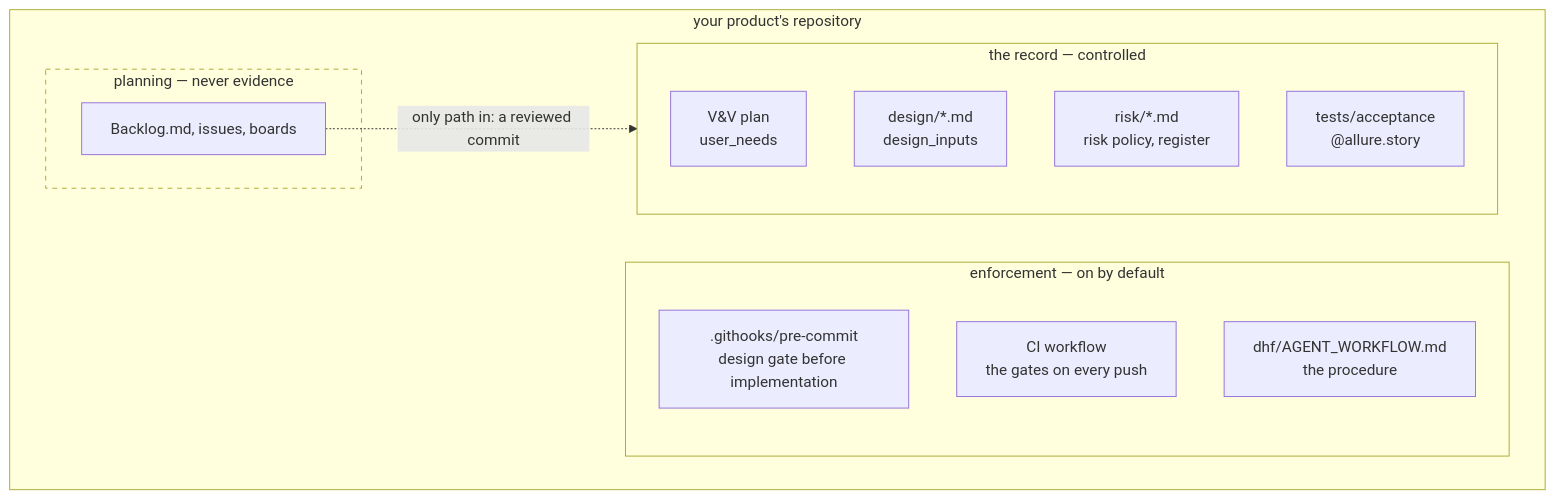
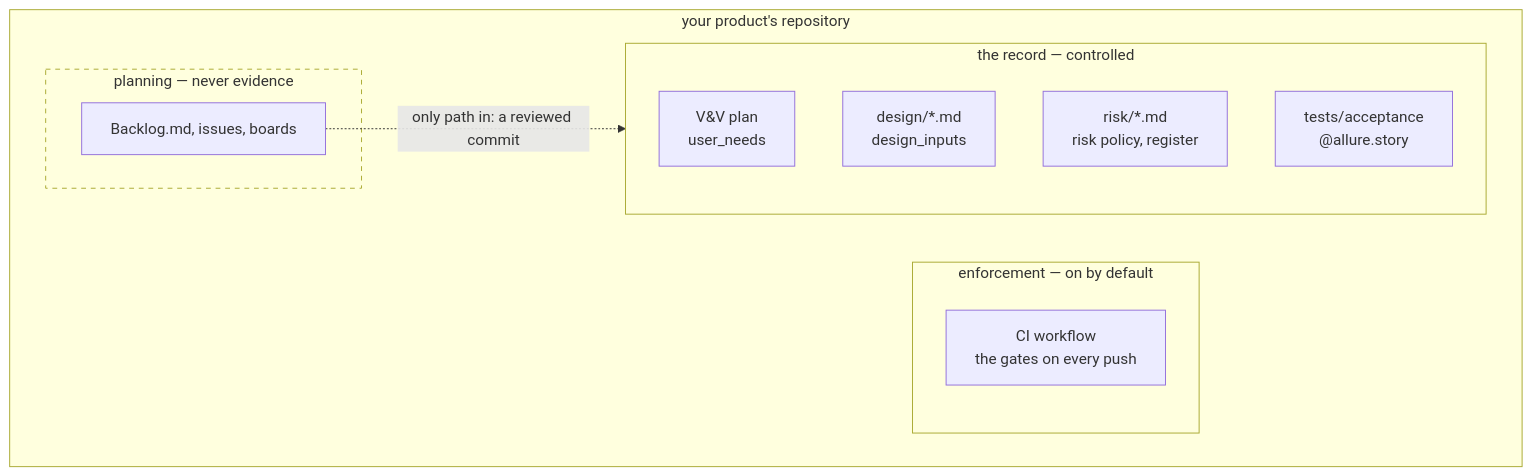
The second of 2 diagrams in docs/about/how-rdm-works.md (scope-impact/rdm), drawn with Mermaid before and after one commit. The commit also changed other lines of this file and 163 other files, not shown here.

````diff
--- a/docs/about/how-rdm-works.md
+++ b/docs/about/how-rdm-works.md
@@ -98,21 +95,19 @@
 ```mermaid
 flowchart TD
     subgraph repo["your product's repository"]
         subgraph record["the record — controlled"]
             VVP["V&V plan<br>user_needs"]
             DESIGN["design/*.md<br>design_inputs"]
             RISKS["risk/*.md<br>risk policy, register"]
             TESTS["tests/acceptance<br>@allure.story"]
         end
         subgraph enforce["enforcement — on by default"]
-            HOOK[".githooks/pre-commit<br>design gate before implementation"]
             CI["CI workflow<br>the gates on every push"]
-            RUNBOOK["dhf/AGENT_WORKFLOW.md<br>the procedure"]
         end
         subgraph plan["planning — never evidence"]
             PM["Backlog.md, issues, boards"]
         end
     end
     PM -. "only path in: a reviewed commit" .-> record
     style plan stroke-dasharray: 5 5
 ```
````
